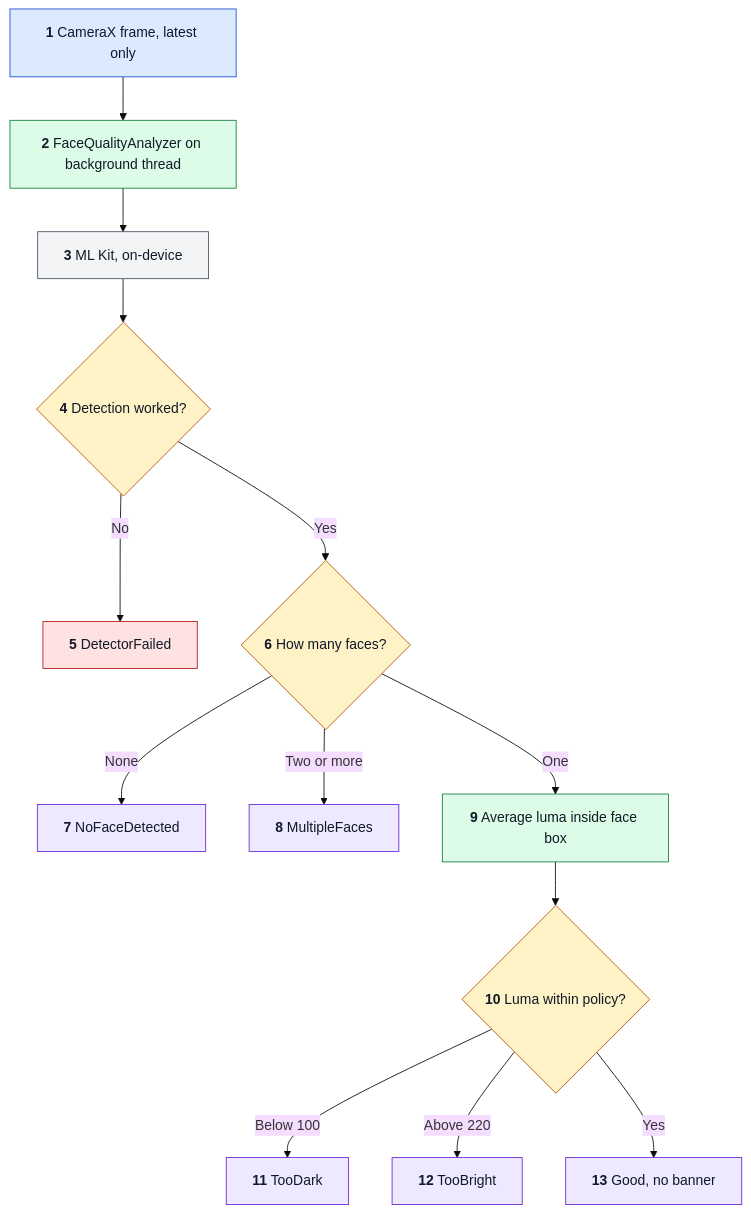
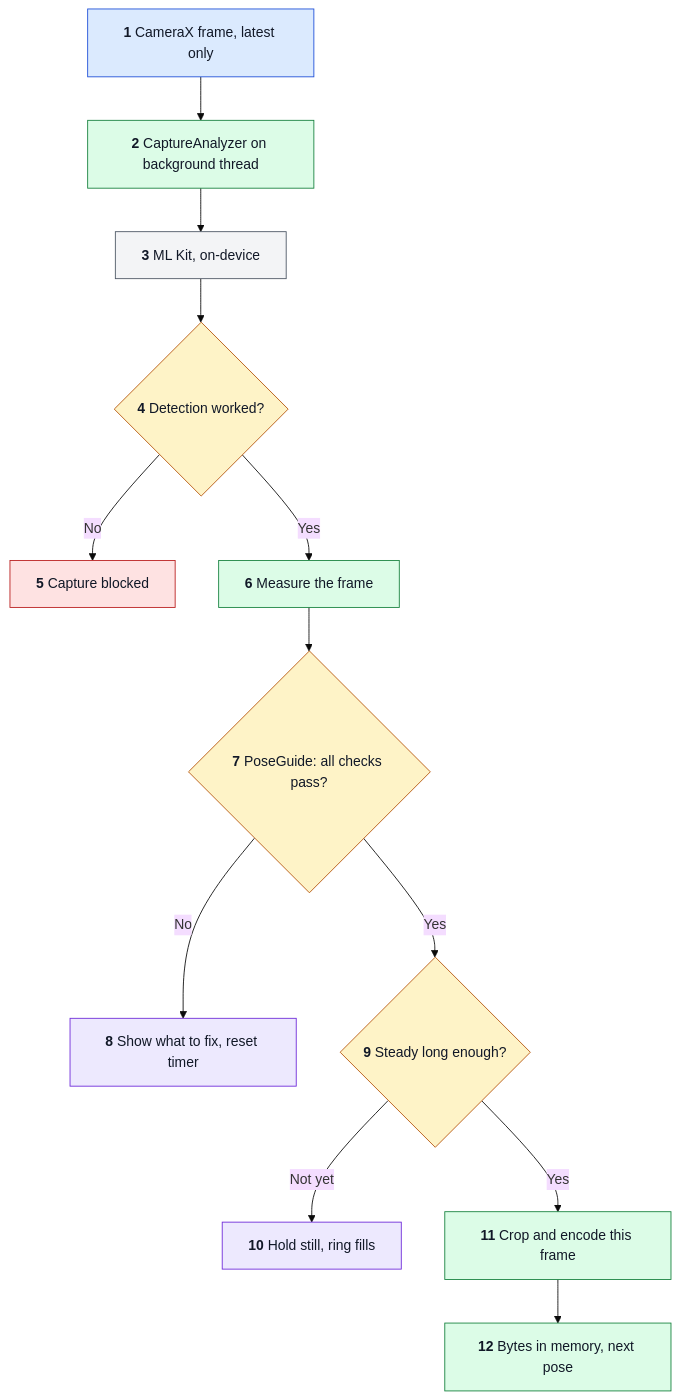
One commit to hamza-aziz-ai/Face-Dataset-Collector changed the third of 4 diagrams in docs/FLOW.md. Above: the diagram before and after it, drawn with Mermaid (base theme). The commit also changed other lines of this file and 22 other files, not shown here.

````diff
--- a/docs/FLOW.md
+++ b/docs/FLOW.md
@@ -108,21 +86,20 @@
 ```mermaid
 flowchart TD
     classDef way fill:#dbeafe,stroke:#1d4ed8,color:#111827
     classDef step fill:#dcfce7,stroke:#15803d,color:#111827
     classDef choice fill:#fef3c7,stroke:#b45309,color:#111827
     classDef seen fill:#ede9fe,stroke:#6d28d9,color:#111827
     classDef bad fill:#fee2e2,stroke:#b91c1c,color:#111827
     classDef outside fill:#f3f4f6,stroke:#4b5563,color:#111827
-    A["`**1** CameraX frame, latest only`"]:::way --> B["`**2** FaceQualityAnalyzer on background thread`"]:::step
+    A["`**1** CameraX frame, latest only`"]:::way --> B["`**2** CaptureAnalyzer on background thread`"]:::step
     B --> C["`**3** ML Kit, on-device`"]:::outside
     C --> D{"`**4** Detection worked?`"}:::choice
-    D -->|No| E["`**5** DetectorFailed`"]:::bad
-    D -->|Yes| F{"`**6** How many faces?`"}:::choice
-    F -->|None| G["`**7** NoFaceDetected`"]:::seen
-    F -->|Two or more| H["`**8** MultipleFaces`"]:::seen
-    F -->|One| I["`**9** Average luma inside face box`"]:::step
-    I --> J{"`**10** Luma within policy?`"}:::choice
-    J -->|Below 100| K["`**11** TooDark`"]:::seen
-    J -->|Above 220| L["`**12** TooBright`"]:::seen
-    J -->|Yes| M["`**13** Good, no banner`"]:::seen
+    D -->|No| E["`**5** Capture blocked`"]:::bad
+    D -->|Yes| F["`**6** Measure the frame`"]:::step
+    F --> G{"`**7** PoseGuide: all checks pass?`"}:::choice
+    G -->|No| H["`**8** Show what to fix, reset timer`"]:::seen
+    G -->|Yes| I{"`**9** Steady long enough?`"}:::choice
+    I -->|Not yet| J["`**10** Hold still, ring fills`"]:::seen
+    I -->|Yes| K["`**11** Crop and encode this frame`"]:::step
+    K --> L["`**12** Bytes in memory, next pose`"]:::step
 ```
````
